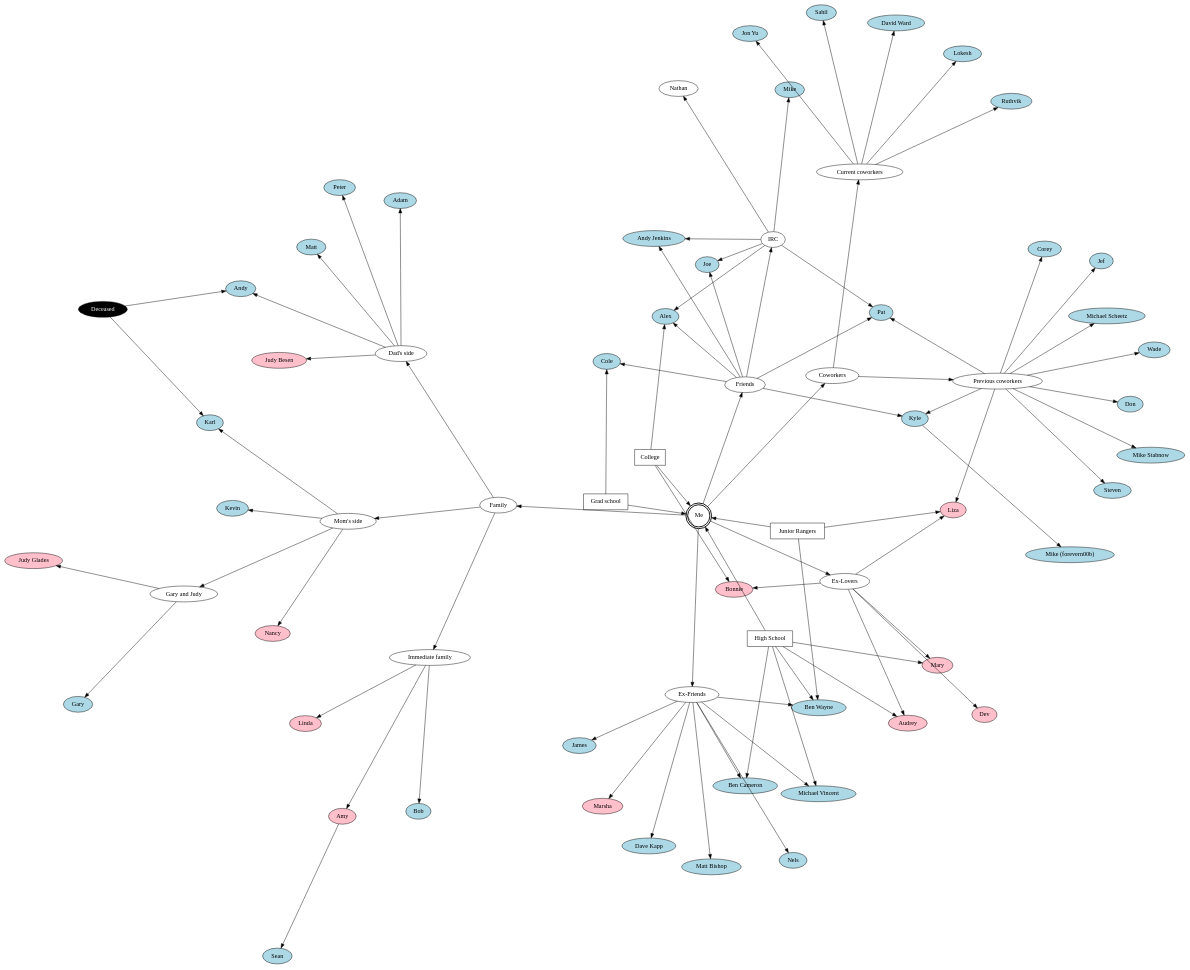
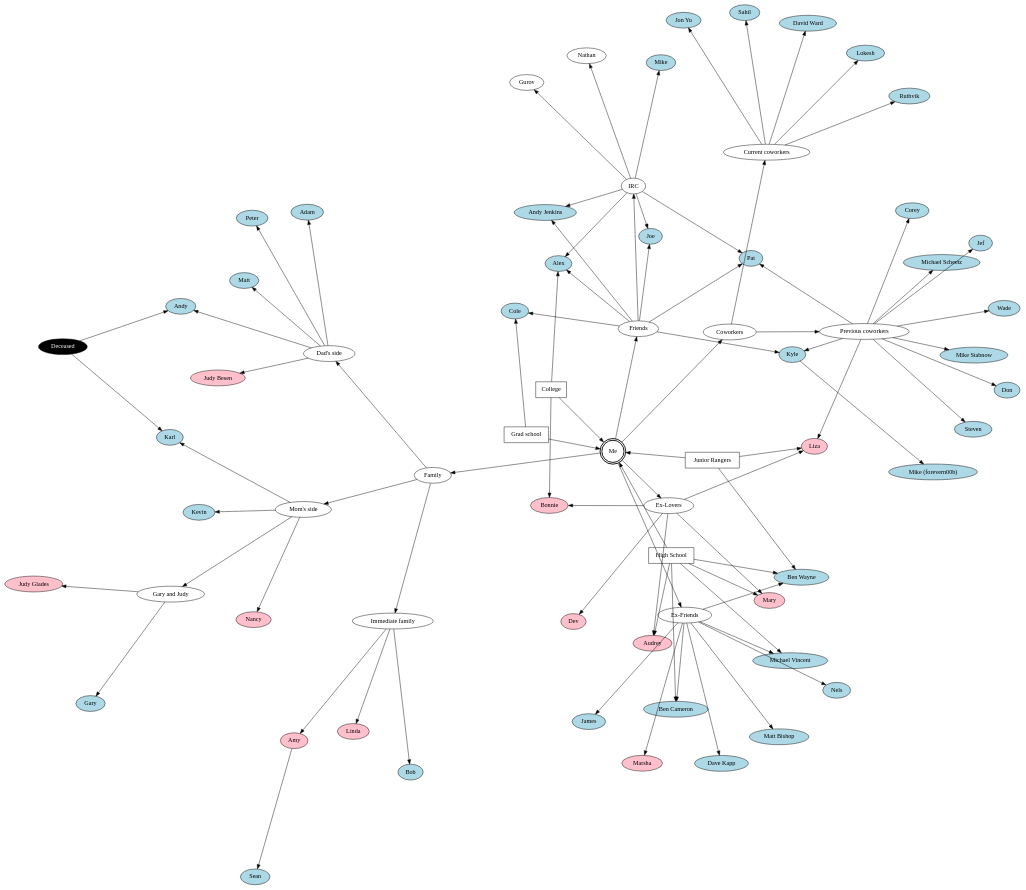
Before and after one commit to sargon2/davidbesen: the diagram in socialnetwork/network.dot, drawn with Graphviz. The commit also changed 2 other files, not shown here.

```diff
--- a/socialnetwork/network.dot
+++ b/socialnetwork/network.dot
@@ -1,57 +1,57 @@
 digraph G {
     layout=neato;
     // overlap values: scale prism false voronoi scalexy compress 
     overlap=scalexy;
 
     Me [shape=doublecircle style=bold]
 
     Mary, Audrey, Bonnie, Liza, Marsha, Amy, Nancy, Linda, "Judy Besen", "Judy Glades", Dev [style=filled fillcolor=pink]
 
     Nels, Alex, Mike, "Ben Cameron", "Dave Kapp", "Ben Wayne", "James", "Andy", "Andy Jenkins" [style=filled fillcolor=lightblue]
     Cole, Pat, Joe, "Michael Vincent", Kyle, Wade, Corey, Steven, "Mike (forevern00b)", Jef [style=filled fillcolor=lightblue]
     "Mike Stabnow", "Jon Yu", "Sahil", "Lokesh", "Ruthvik", "David Ward", Adam, Karl, Matt, Peter [style=filled fillcolor=lightblue]
     Kevin, Sean, Bob, Gary, "Michael Scheetz", Don, "Matt Bishop" [style=filled fillcolor=lightblue]
 
     Deceased [style=filled fillcolor=black fontcolor=white]
 
     Me -> Friends, Family, Coworkers
     Coworkers -> "Current coworkers"
     Coworkers -> "Previous coworkers"
     Me -> "Ex-Friends"
     Me -> "Ex-Lovers"
 
     "Ex-Lovers" -> Mary, Audrey, Bonnie, Liza, Dev
 
     Family -> "Immediate family", "Mom's side", "Dad's side"
     "Mom's side" -> "Gary and Judy"
     "Immediate family" -> Amy, Bob, Linda
     "Gary and Judy" -> Gary, "Judy Glades"
     "Mom's side" -> Nancy, Kevin, Karl
     "Dad's side" -> Adam, Matt, Peter, Andy, "Judy Besen"
 
     Deceased -> Andy, Karl
 
     Amy -> Sean
 
     Friends -> Alex, Joe, Kyle, Pat, "Andy Jenkins", Cole, IRC
-    IRC -> Mike, Alex, Joe, Pat, "Andy Jenkins", Nathan
+    IRC -> Mike, Alex, Joe, Pat, "Andy Jenkins", Nathan, Gurov
 
     "Ex-Friends" -> "Michael Vincent", "Ben Wayne", "Ben Cameron", James, Nels, Marsha, "Dave Kapp", "Matt Bishop"
 
     Kyle -> "Mike (forevern00b)"
 
     "Previous coworkers" -> Steven, Jef, Corey, Wade, "Mike Stabnow", Kyle, Don, "Michael Scheetz", Liza, Pat
 
     "Current coworkers" -> "David Ward", Sahil, "Jon Yu", Ruthvik, Lokesh
 
     "Junior Rangers" [shape=box]
     "Junior Rangers" -> Me, Liza, "Ben Wayne"
     "High School" [shape=box]
     "High School" -> Me, Audrey, Mary, "Michael Vincent", "Ben Wayne", "Ben Cameron"
 
     College [shape=box]
     College -> Me, Bonnie, Alex
 
     "Grad school" [shape=box]
     "Grad school" -> Me, Cole
 }
```
